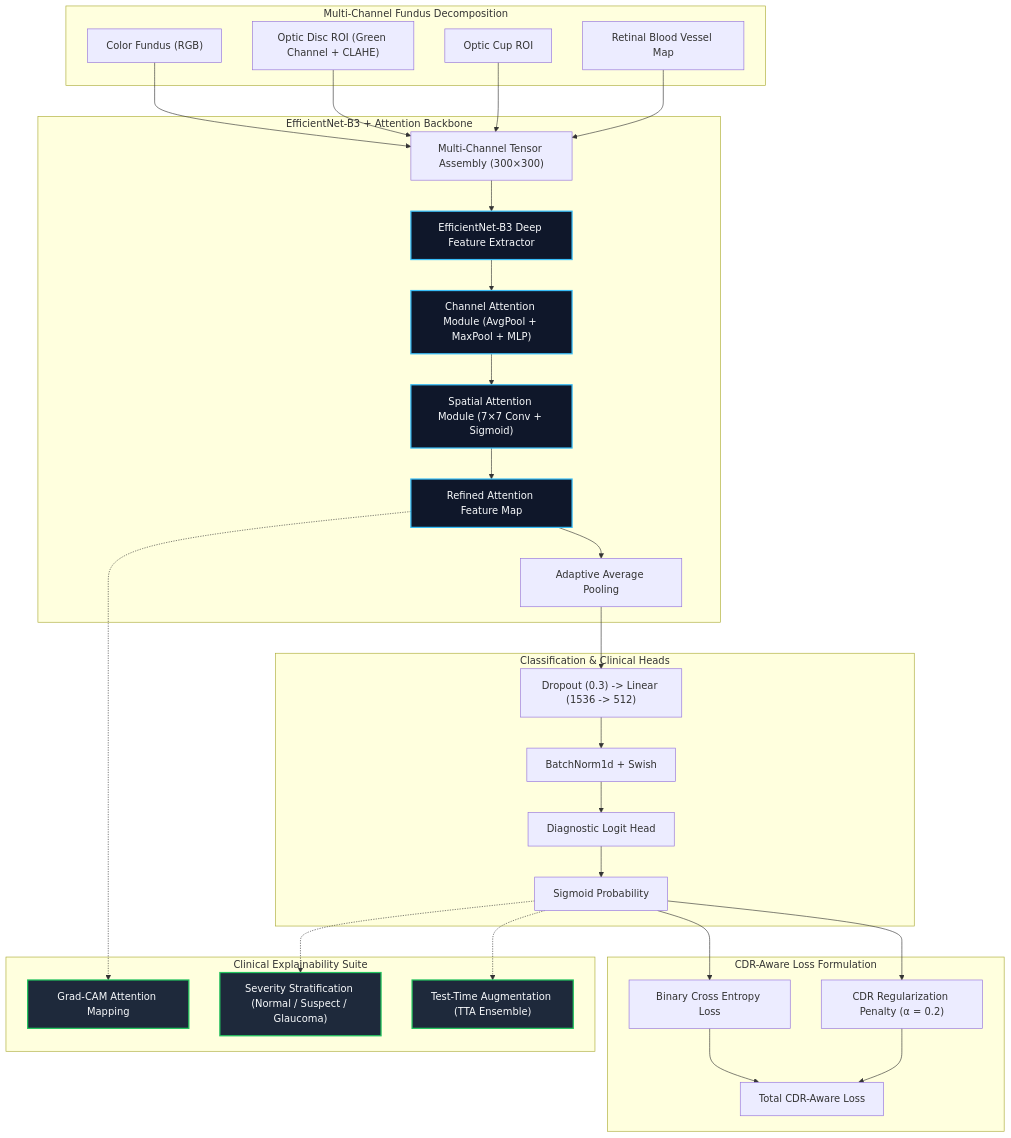
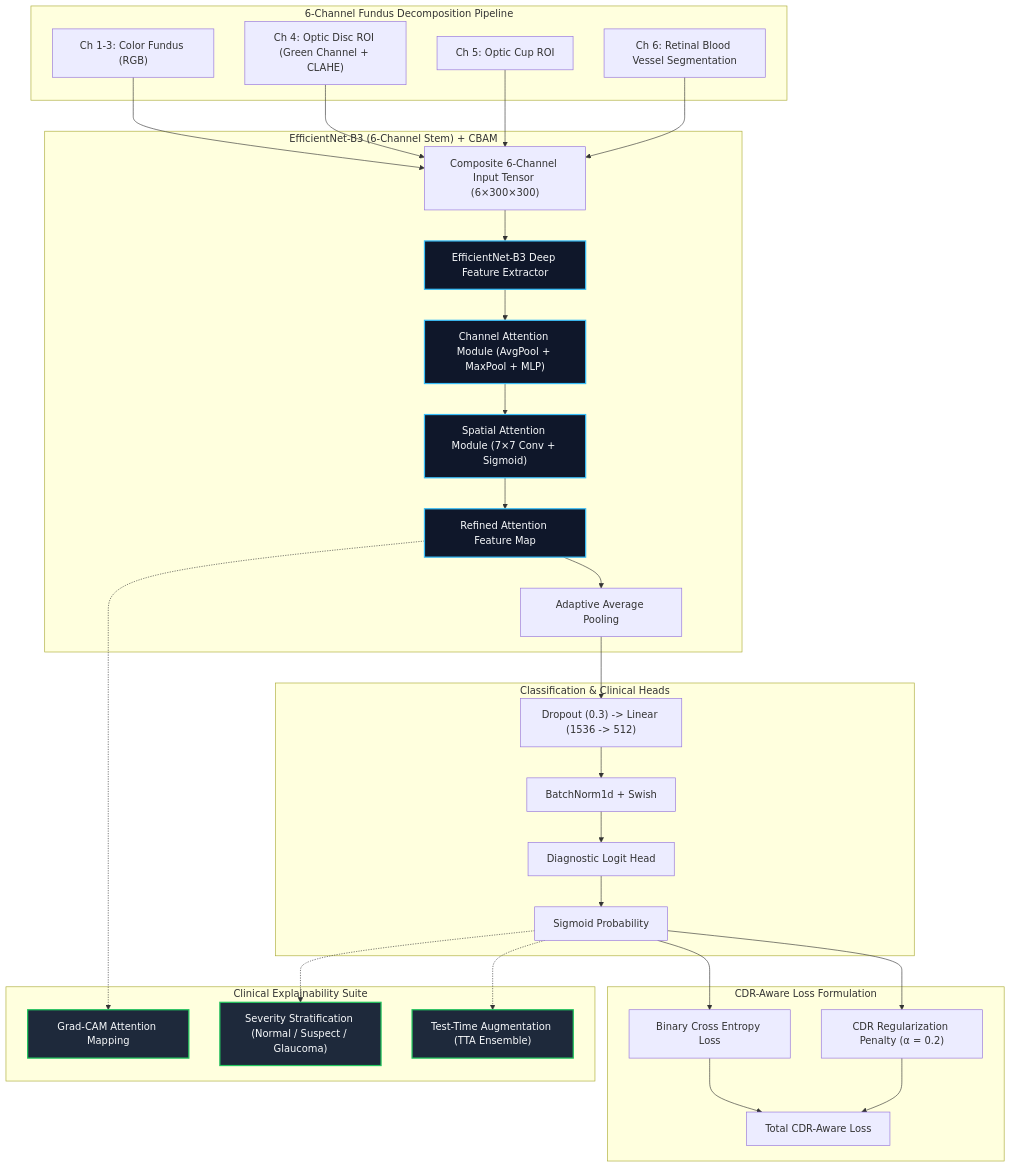
Before and after one commit to SMHC-hub/glaucoma-detection-fyp: the diagram in README.md, drawn with Mermaid. The commit also changed other lines of this file, not shown here.

Commit message:
docs: clarify 6-channel architecture breakdown, remove hype language, and highlight honest 0.789 external AUC

````diff
--- a/README.md
+++ b/README.md
@@ -33,42 +38,42 @@
 ```mermaid
 flowchart TD
-    subgraph Inputs["Multi-Channel Fundus Decomposition"]
-        I1["Color Fundus (RGB)"]
-        I2["Optic Disc ROI (Green Channel + CLAHE)"]
-        I3["Optic Cup ROI"]
-        I4["Retinal Blood Vessel Map"]
+    subgraph Inputs["6-Channel Fundus Decomposition Pipeline"]
+        I1["Ch 1-3: Color Fundus (RGB)"]
+        I2["Ch 4: Optic Disc ROI (Green Channel + CLAHE)"]
+        I3["Ch 5: Optic Cup ROI"]
+        I4["Ch 6: Retinal Blood Vessel Segmentation"]
     end
 
-    subgraph Feature_Extraction["EfficientNet-B3 + Attention Backbone"]
-        I1 & I2 & I3 & I4 --> CH["Multi-Channel Tensor Assembly (300×300)"]
+    subgraph Feature_Extraction["EfficientNet-B3 (6-Channel Stem) + CBAM"]
+        I1 & I2 & I3 & I4 --> CH["Composite 6-Channel Input Tensor (6×300×300)"]
         CH --> B3["EfficientNet-B3 Deep Feature Extractor"]
         B3 --> CA["Channel Attention Module (AvgPool + MaxPool + MLP)"]
         CA --> SA["Spatial Attention Module (7×7 Conv + Sigmoid)"]
         SA --> CBAM["Refined Attention Feature Map"]
         CBAM --> GAP["Adaptive Average Pooling"]
     end
 
     subgraph Dual_Task_Head["Classification & Clinical Heads"]
         GAP --> FC1["Dropout (0.3) -> Linear (1536 -> 512)"]
         FC1 --> BN["BatchNorm1d + Swish"]
         BN --> LOGITS["Diagnostic Logit Head"]
         LOGITS --> SIG["Sigmoid Probability"]
     end
 
     subgraph Loss_Optimization["CDR-Aware Loss Formulation"]
         SIG --> BCE["Binary Cross Entropy Loss"]
         SIG --> CDR["CDR Regularization Penalty (α = 0.2)"]
         BCE & CDR --> TOT["Total CDR-Aware Loss"]
     end
 
     subgraph Explainability["Clinical Explainability Suite"]
         CBAM -.-> GCAM["Grad-CAM Attention Mapping"]
         SIG -.-> SEV["Severity Stratification (Normal / Suspect / Glaucoma)"]
         SIG -.-> TTA["Test-Time Augmentation (TTA Ensemble)"]
     end
 
     classDef primary fill:#0f172a,stroke:#38bdf8,stroke-width:2px,color:#f8fafc;
     classDef highlight fill:#1e293b,stroke:#22c55e,stroke-width:2px,color:#f8fafc;
     class B3,CA,SA,CBAM primary;
     class GCAM,SEV,TTA highlight;
 ```
````
